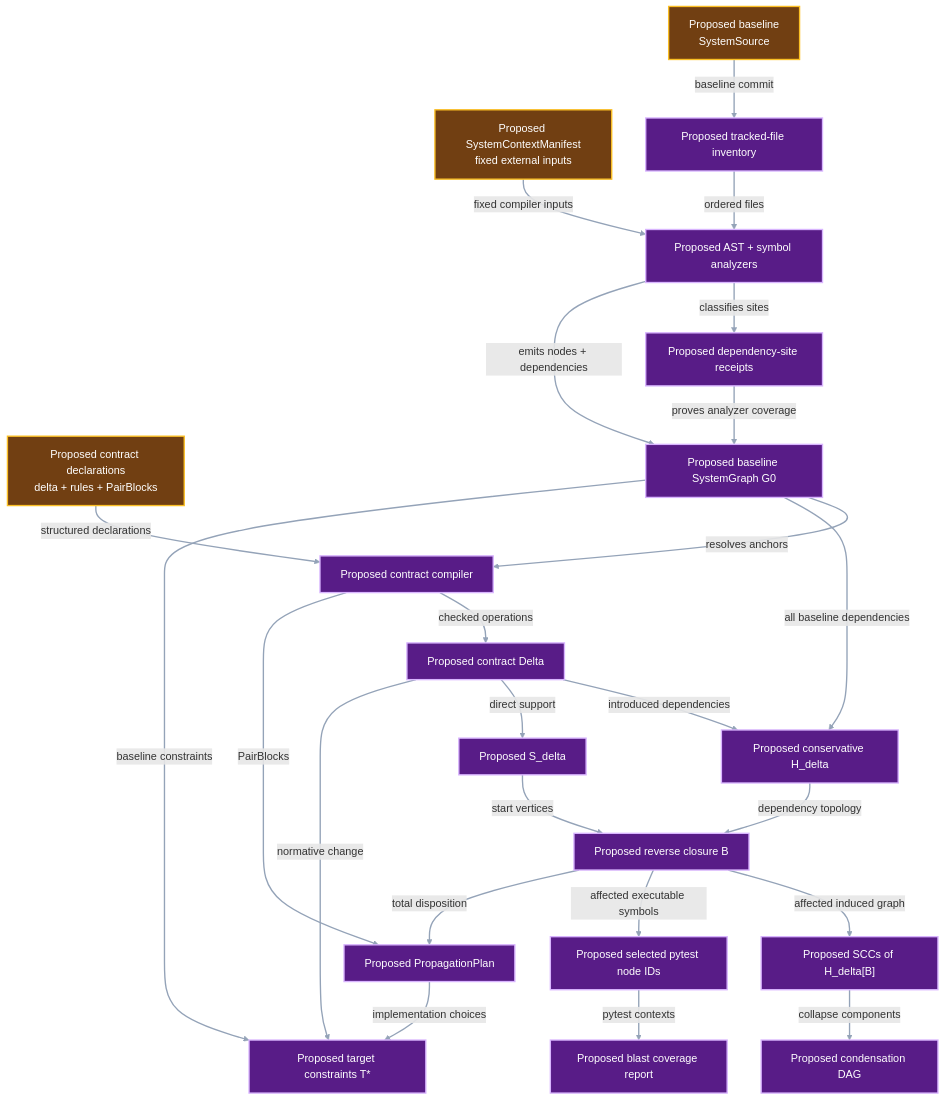
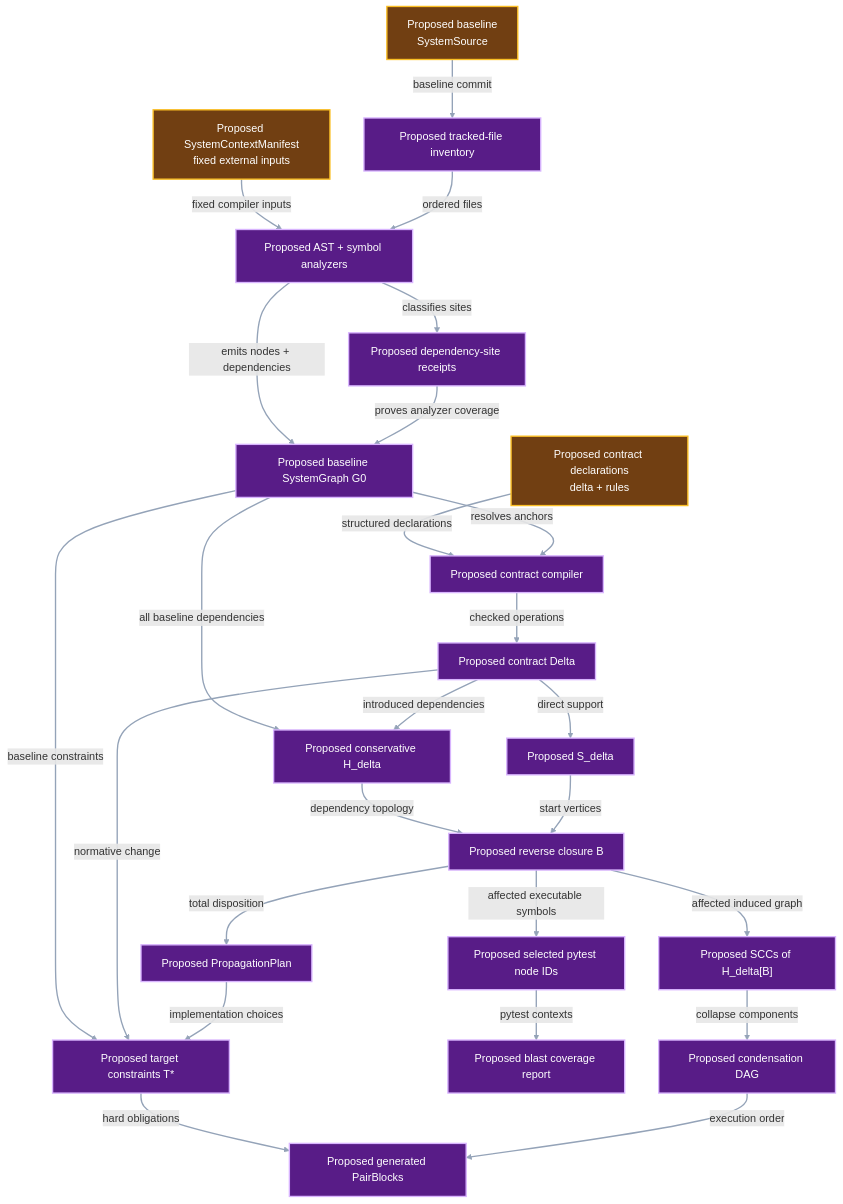
One commit to pvd232/viper changed the second of 3 diagrams in docs/development/system-impact-graph.md. Above: the diagram before and after it, drawn with Mermaid. The commit also changed other lines of this file and 5 other files, not shown here.

````diff
--- a/docs/development/system-impact-graph.md
+++ b/docs/development/system-impact-graph.md
@@ -196,51 +198,53 @@
 ```mermaid
 flowchart TD
     Baseline["Proposed baseline<br/>SystemSource"]
     Context["Proposed SystemContextManifest<br/>fixed external inputs"]
-    ContractDocs["Proposed contract declarations<br/>delta + rules + PairBlocks"]
+    ContractDocs["Proposed contract declarations<br/>delta + rules"]
     Inventory["Proposed tracked-file inventory"]
     Analyze["Proposed AST + symbol analyzers"]
     Sites["Proposed dependency-site receipts"]
     Graph["Proposed baseline SystemGraph G0"]
     ContractCompiler["Proposed contract compiler"]
     Delta["Proposed contract Delta"]
     Overlay["Proposed conservative H_delta"]
     Support["Proposed S_delta"]
     Closure["Proposed reverse closure B"]
     SCC["Proposed SCCs of H_delta[B]"]
     DAG["Proposed condensation DAG"]
     Select["Proposed selected pytest node IDs"]
     Coverage["Proposed blast coverage report"]
     Plan["Proposed PropagationPlan"]
     Target["Proposed target constraints T*"]
+    Work["Proposed generated PairBlocks"]
 
     Baseline -->|"baseline commit"| Inventory
     Context -->|"fixed compiler inputs"| Analyze
     Inventory -->|"ordered files"| Analyze
     Analyze -->|"classifies sites"| Sites
     Analyze -->|"emits nodes + dependencies"| Graph
     Sites -->|"proves analyzer coverage"| Graph
     ContractDocs -->|"structured declarations"| ContractCompiler
     Graph -->|"resolves anchors"| ContractCompiler
     ContractCompiler -->|"checked operations"| Delta
     Graph -->|"all baseline dependencies"| Overlay
     Delta -->|"introduced dependencies"| Overlay
     Delta -->|"direct support"| Support
     Overlay -->|"dependency topology"| Closure
     Support -->|"start vertices"| Closure
     Closure -->|"affected induced graph"| SCC
     SCC -->|"collapse components"| DAG
     Closure -->|"affected executable symbols"| Select
     Select -->|"pytest contexts"| Coverage
     Closure -->|"total disposition"| Plan
-    ContractCompiler -->|"PairBlocks"| Plan
     Graph -->|"baseline constraints"| Target
     Delta -->|"normative change"| Target
     Plan -->|"implementation choices"| Target
+    Target -->|"hard obligations"| Work
+    DAG -->|"execution order"| Work
 
     class Baseline,Context,ContractDocs input
-    class Inventory,Analyze,Sites,Graph,ContractCompiler,Delta,Overlay,Support,Closure,SCC,DAG,Select,Coverage,Plan,Target proposed
+    class Inventory,Analyze,Sites,Graph,ContractCompiler,Delta,Overlay,Support,Closure,SCC,DAG,Select,Coverage,Plan,Target,Work proposed
     classDef input fill:#713f12,stroke:#fbbf24,color:#ffffff,stroke-width:2px
     classDef proposed fill:#581c87,stroke:#d8b4fe,color:#ffffff,stroke-width:2px
     linkStyle default stroke:#94a3b8,stroke-width:2px
 ```
````
